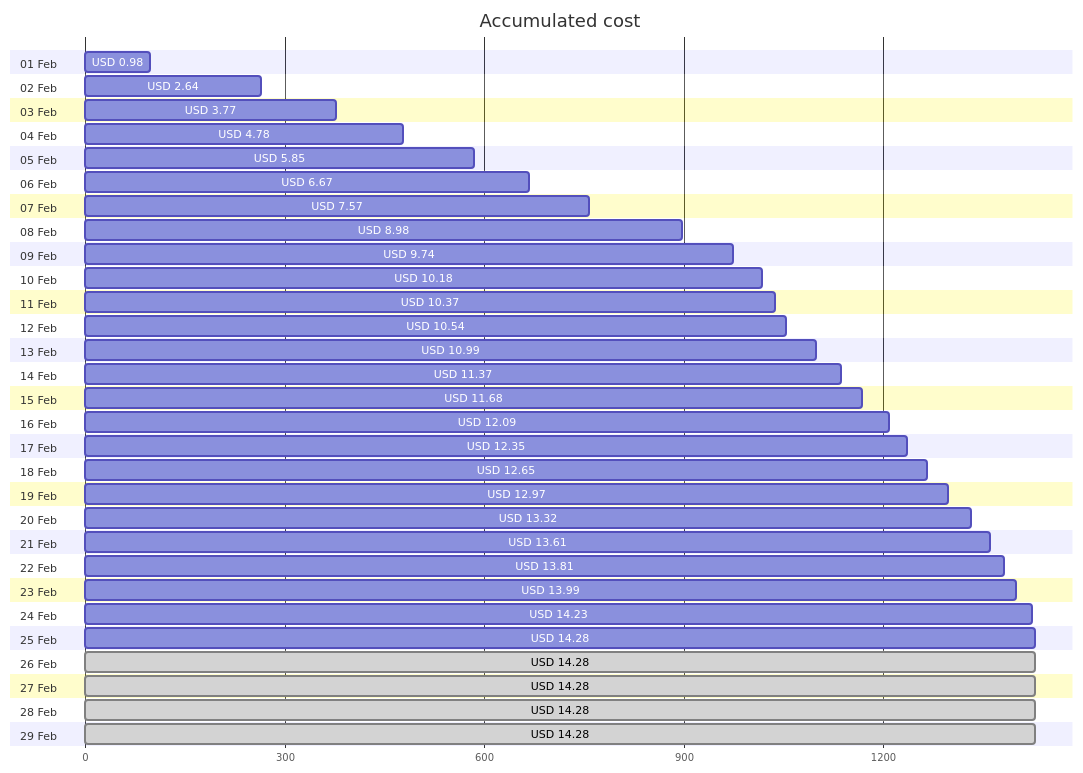
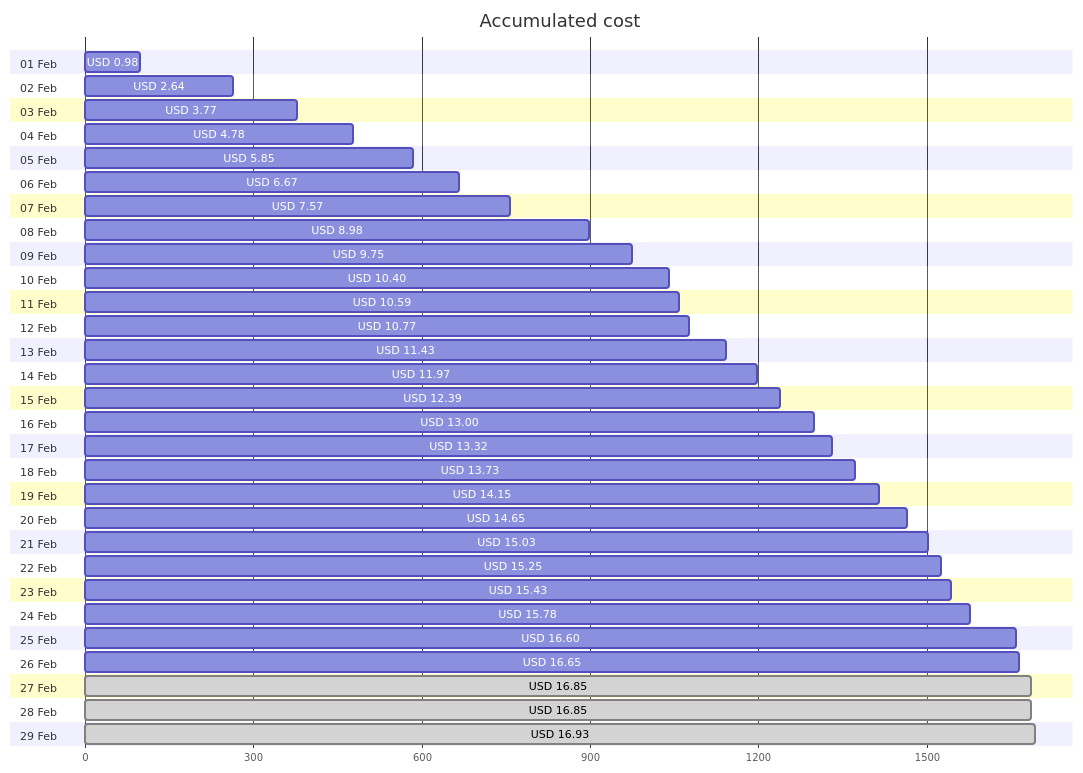
Before and after one commit to jpfulton/azure-personal-reports: the first of 4 diagrams in cost-reports/personal-network/vpn-server.md, drawn with Mermaid. The commit also changed other lines of this file and 8 other files, not shown here.

````diff
--- a/cost-reports/personal-network/vpn-server.md
+++ b/cost-reports/personal-network/vpn-server.md
@@ -20,64 +20,64 @@
 ```mermaid
 gantt
    title Accumulated cost
    dateFormat  X
    axisFormat %s
    section 01 Feb
    USD 0.98 :0, 98
    section 02 Feb
    USD 2.64 :0, 264
    section 03 Feb
    USD 3.77 :0, 377
    section 04 Feb
    USD 4.78 :0, 478
    section 05 Feb
    USD 5.85 :0, 585
    section 06 Feb
    USD 6.67 :0, 667
    section 07 Feb
    USD 7.57 :0, 757
    section 08 Feb
    USD 8.98 :0, 898
    section 09 Feb
-   USD 9.74 :0, 974
+   USD 9.75 :0, 975
    section 10 Feb
-   USD 10.18 :0, 1018
+   USD 10.40 :0, 1040
    section 11 Feb
-   USD 10.37 :0, 1037
+   USD 10.59 :0, 1059
    section 12 Feb
-   USD 10.54 :0, 1054
+   USD 10.77 :0, 1077
    section 13 Feb
-   USD 10.99 :0, 1099
+   USD 11.43 :0, 1143
    section 14 Feb
-   USD 11.37 :0, 1137
+   USD 11.97 :0, 1197
    section 15 Feb
-   USD 11.68 :0, 1168
+   USD 12.39 :0, 1239
    section 16 Feb
-   USD 12.09 :0, 1209
+   USD 13.00 :0, 1300
    section 17 Feb
-   USD 12.35 :0, 1235
+   USD 13.32 :0, 1332
    section 18 Feb
-   USD 12.65 :0, 1265
+   USD 13.73 :0, 1373
    section 19 Feb
-   USD 12.97 :0, 1297
+   USD 14.15 :0, 1415
    section 20 Feb
-   USD 13.32 :0, 1332
+   USD 14.65 :0, 1465
    section 21 Feb
-   USD 13.61 :0, 1361
+   USD 15.03 :0, 1503
    section 22 Feb
-   USD 13.81 :0, 1381
+   USD 15.25 :0, 1525
    section 23 Feb
-   USD 13.99 :0, 1399
+   USD 15.43 :0, 1543
    section 24 Feb
-   USD 14.23 :0, 1423
+   USD 15.78 :0, 1578
    section 25 Feb
-   USD 14.28 :0, 1428
+   USD 16.60 :0, 1660
    section 26 Feb
-   USD 14.28 : done, 0, 1428
+   USD 16.65 :0, 1665
    section 27 Feb
-   USD 14.28 : done, 0, 1428
+   USD 16.85 : done, 0, 1685
    section 28 Feb
-   USD 14.28 : done, 0, 1428
+   USD 16.85 : done, 0, 1685
    section 29 Feb
-   USD 14.28 : done, 0, 1428
+   USD 16.93 : done, 0, 1693
 ```
````
